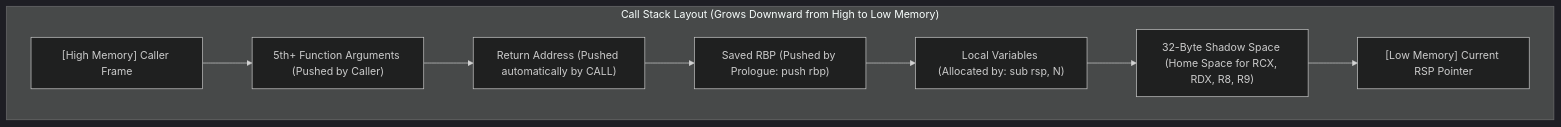
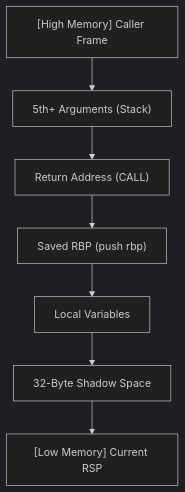
The diagram in topics/17-x86-x64-assembly-registers-and-calling-conventions/README.md (DaddyZyn/Cyber-security-notes), drawn with Mermaid (dark theme) before and after one commit. The commit also changed 19 other files, not shown here.

Commit message:
fix: overhaul all Mermaid diagrams with clean vertical layouts and short line-wrapping to prevent GitHub clipping

````diff
--- a/topics/17-x86-x64-assembly-registers-and-calling-conventions/README.md
+++ b/topics/17-x86-x64-assembly-registers-and-calling-conventions/README.md
@@ -104,13 +104,11 @@
 ```mermaid
 flowchart TD
-    subgraph Stack_Layout["Call Stack Layout (Grows Downward from High to Low Memory)"]
-        A["[High Memory] Caller Frame"]
-        B["5th+ Function Arguments (Pushed by Caller)"]
-        C["Return Address (Pushed automatically by CALL)"]
-        D["Saved RBP (Pushed by Prologue: push rbp)"]
-        E["Local Variables (Allocated by: sub rsp, N)"]
-        F["32-Byte Shadow Space (Home Space for RCX, RDX, R8, R9)"]
-        G["[Low Memory] Current RSP Pointer"]
-        A --> B --> C --> D --> E --> F --> G
-    end
+    A["[High Memory] Caller Frame"]
+    B["5th+ Arguments (Stack)"]
+    C["Return Address (CALL)"]
+    D["Saved RBP (push rbp)"]
+    E["Local Variables"]
+    F["32-Byte Shadow Space"]
+    G["[Low Memory] Current RSP"]
+    A --> B --> C --> D --> E --> F --> G
 ```
````
